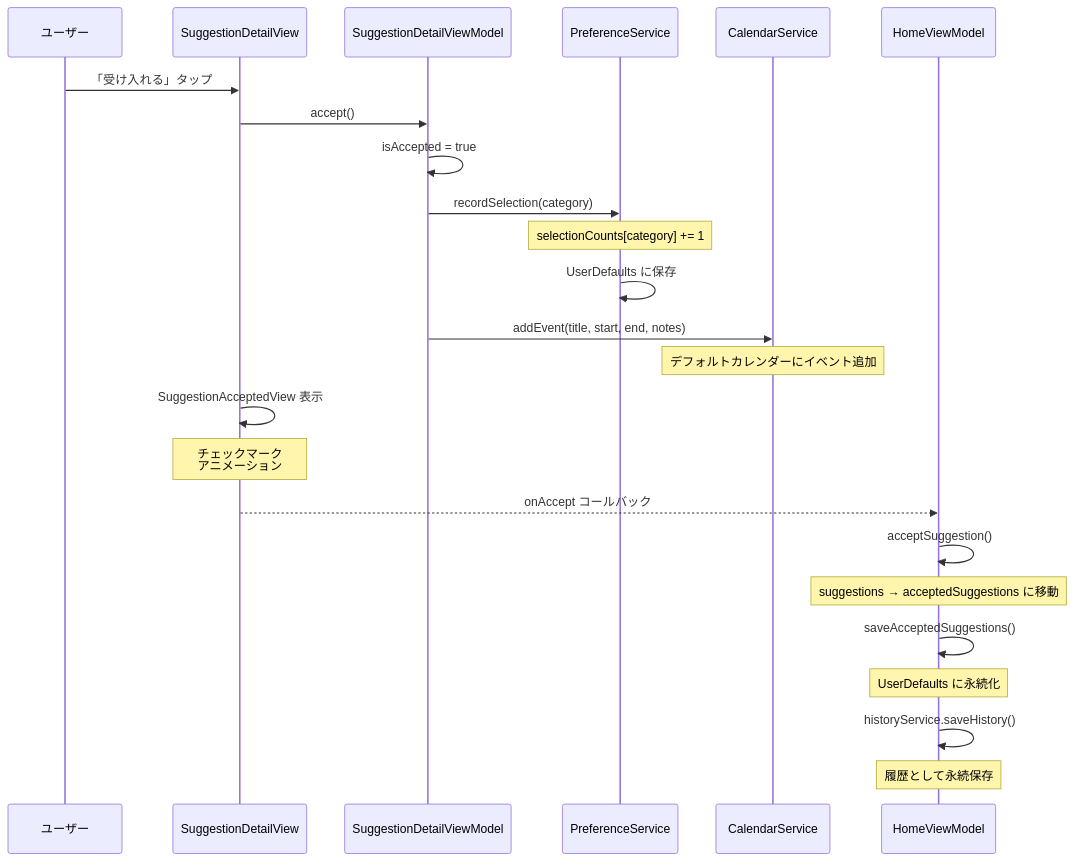
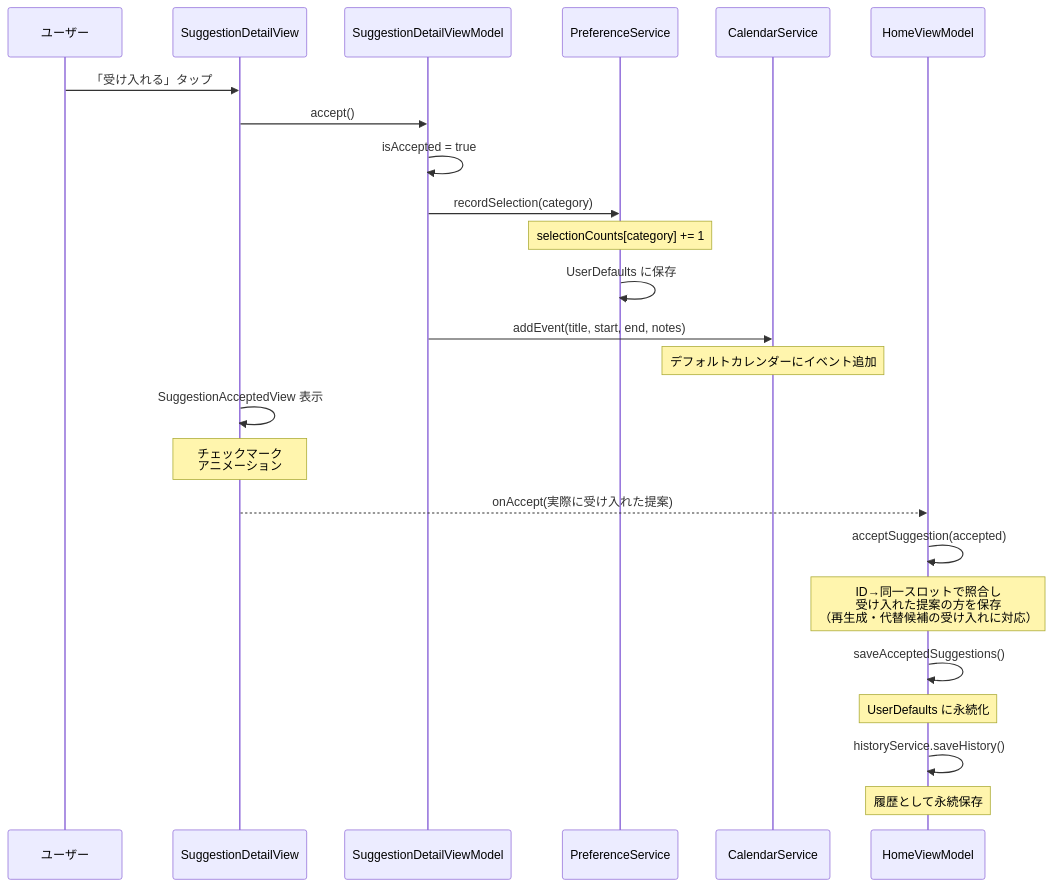
One commit to Ken-Miyamura/serendipity-planner changed the second of 3 diagrams in docs/architecture/data-flow.md. Above: the diagram before and after it, drawn with Mermaid. The commit also changed 10 other files, not shown here.

First line of the commit message:
fix(suggestion): 再生成・代替候補の受け入れ時に実際の提案を記録する

````diff
--- a/docs/architecture/data-flow.md
+++ b/docs/architecture/data-flow.md
@@ -61,32 +61,32 @@
 ```mermaid
 sequenceDiagram
     participant User as ユーザー
     participant SDV as SuggestionDetailView
     participant SDVM as SuggestionDetailViewModel
     participant PFS as PreferenceService
     participant CS as CalendarService
     participant HVM as HomeViewModel
 
     User->>SDV: 「受け入れる」タップ
     SDV->>SDVM: accept()
 
     SDVM->>SDVM: isAccepted = true
     SDVM->>PFS: recordSelection(category)
     Note over PFS: selectionCounts[category] += 1
     PFS->>PFS: UserDefaults に保存
 
     SDVM->>CS: addEvent(title, start, end, notes)
     Note over CS: デフォルトカレンダーにイベント追加
 
     SDV->>SDV: SuggestionAcceptedView 表示
     Note over SDV: チェックマーク<br/>アニメーション
 
-    SDV-->>HVM: onAccept コールバック
-    HVM->>HVM: acceptSuggestion()
-    Note over HVM: suggestions → acceptedSuggestions に移動
+    SDV-->>HVM: onAccept(実際に受け入れた提案)
+    HVM->>HVM: acceptSuggestion(accepted)
+    Note over HVM: ID→同一スロットで照合し<br/>受け入れた提案の方を保存<br/>（再生成・代替候補の受け入れに対応）
     HVM->>HVM: saveAcceptedSuggestions()
     Note over HVM: UserDefaults に永続化
 
     HVM->>HVM: historyService.saveHistory()
     Note over HVM: 履歴として永続保存
 ```
````
